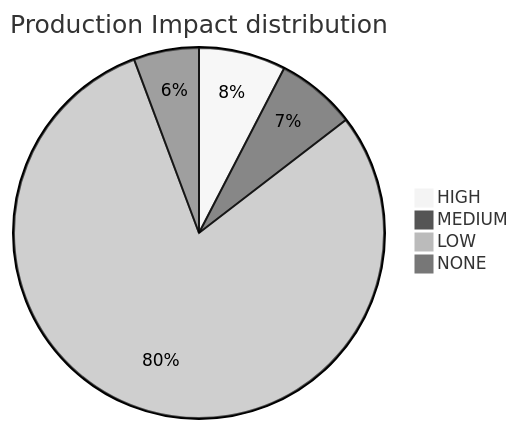
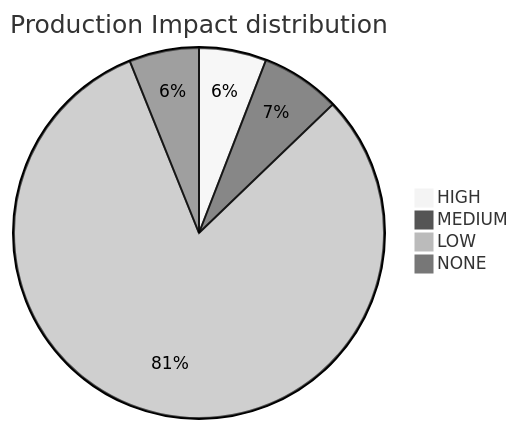
One commit to mikeybeezy/goldenpath-idp-infra changed the diagram in PLATFORM_HEALTH.md. Above: the diagram before and after it, drawn with Mermaid (neutral theme). The commit also changed other lines of this file and 370 other files, not shown here.

````diff
--- a/PLATFORM_HEALTH.md
+++ b/PLATFORM_HEALTH.md
@@ -55,7 +64,7 @@
 ```mermaid
 pie title Production Impact distribution
-    "HIGH" : 36
+    "HIGH" : 28
     "MEDIUM" : 33
-    "LOW" : 378
-    "NONE" : 27
+    "LOW" : 386
+    "NONE" : 29
 ```
````
